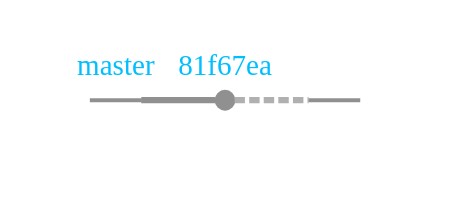
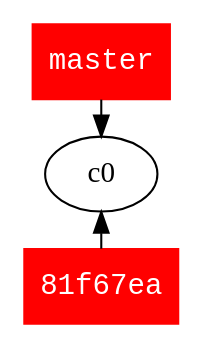
Before and after one commit to fraya/Git-taller: the first of 2 diagrams in doc/source/uso-basico.rst, drawn with Graphviz. The commit also changed other lines of this file, not shown here.

Commit message:
Change git graphs

```diff
--- a/doc/source/uso-basico.rst
+++ b/doc/source/uso-basico.rst
@@ -309,37 +309,24 @@
  .. graphviz::
-    :caption: Rama master
+    :caption: Rama master tras commit ``81f67ea``
     :align: center
 
     digraph G {
-	    rankdir="LR";
-	    pad=0.5;
-	    nodesep=0.6;
-	    ranksep=0.5;
-	    forcelabels=true;
-	    
-	    node [
-	        width=0.12,
-		height=0.12,
-		fixedsize=true,
-		shape=circle,
-		style=filled,
-		color="#909090",
-		fontcolor="deepskyblue",
-		font="Arial bold",
-		fontsize="14pt"
-	    ];
-	    
-	    edge [
-	        arrowhead=none,
-		color="#909090",
-		penwidth=3
-	    ];
+	    rankdir="RL";
+	    splines=line;
 
-	    node [group="master"];
-	    s1   [label="master\n\n\n", width=0.33, height=-.33, shape=box];
-	    1    [label="81f67ea\n\n\n"];
-	    e1   [label="", width=0.33, height=-.33, shape=box];
+	    c0
 
-	    s1 -> 1;
-            1  -> e1 [color="#b0b0b0", style=dashed];
+	    {
+	        rank=same;
+		node [
+		    style=filled,
+		    color=red,
+		    fillcolor=red,
+		    shape=rectangle,
+		    fontname=monospace,
+		    fontcolor=white
+		]
+		c0 -> "81f67ea" [dir=back]
+		master -> c0
+	    }
     }
```
